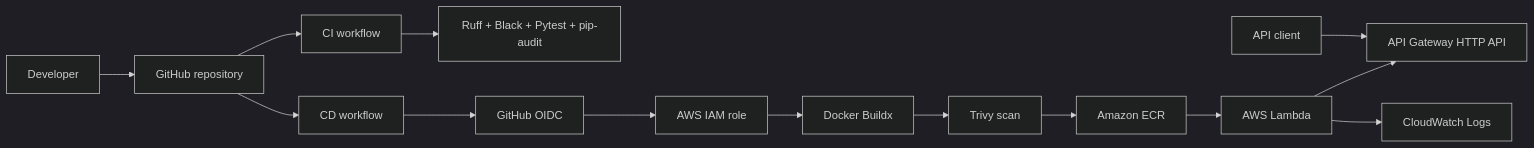
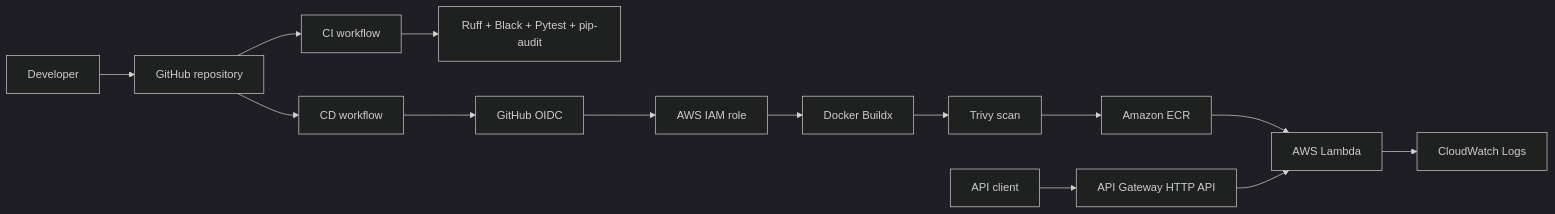
The first of 2 diagrams in README.md (rajskirajski/fuel-consumption-calculator), drawn with Mermaid (dark theme) before and after one commit.

Commit message:
Correct typographical errors

````diff
--- a/README.md
+++ b/README.md
@@ -32,19 +32,19 @@
 ```mermaid
 flowchart LR
     Developer[Developer] --> GitHub[GitHub repository]
 
     GitHub --> CI[CI workflow]
     CI --> Quality[Ruff + Black + Pytest + pip-audit]
 
     GitHub --> CD[CD workflow]
     CD --> OIDC[GitHub OIDC]
     OIDC --> IAM[AWS IAM role]
     IAM --> Build[Docker Buildx]
     Build --> Trivy[Trivy scan]
     Trivy --> ECR[Amazon ECR]
     ECR --> Lambda[AWS Lambda]
-    Lambda --> APIGW[API Gateway HTTP API]
+    APIGW[API Gateway HTTP API] --> Lambda
     Lambda --> Logs[CloudWatch Logs]
 
     Client[API client] --> APIGW
-```
+   ```
````
